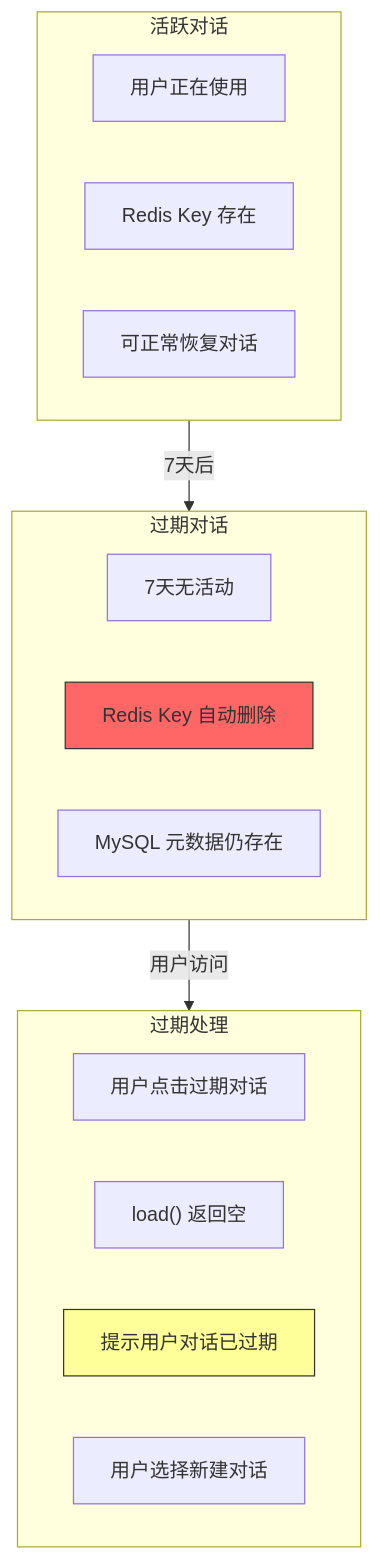
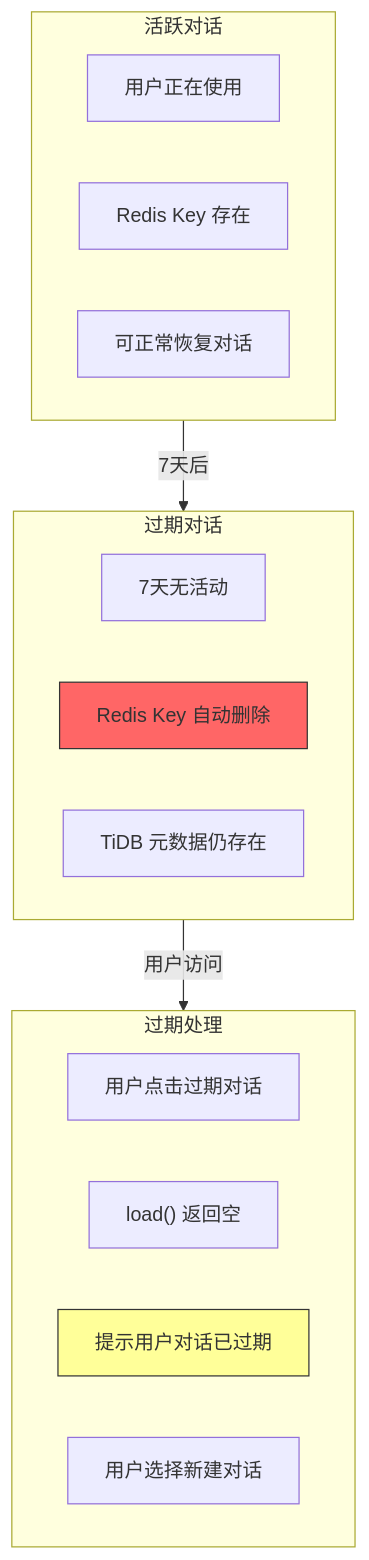
Before and after one commit to xiaocaipi/mm-doc: diagram 15 of 27 in agent/agent_project_design_1.md, drawn with Mermaid. The commit also changed other lines of this file, not shown here.

````diff
--- a/agent/agent_project_design_1.md
+++ b/agent/agent_project_design_1.md
@@ -767,27 +767,27 @@
 ```mermaid
 flowchart TD
     subgraph ACTIVE["活跃对话"]
         A1["用户正在使用"]
         A2["Redis Key 存在"]
         A3["可正常恢复对话"]
     end
     
     subgraph EXPIRED["过期对话"]
         E1["7天无活动"]
         E2["Redis Key 自动删除"]
-        E3["MySQL 元数据仍存在"]
+        E3["TiDB 元数据仍存在"]
     end
     
     subgraph HANDLE["过期处理"]
         H1["用户点击过期对话"]
         H2["load() 返回空"]
         H3["提示用户对话已过期"]
         H4["用户选择新建对话"]
     end
     
     ACTIVE -->|"7天后"| EXPIRED
     EXPIRED -->|"用户访问"| HANDLE
     
     style E2 fill:#f66,stroke:#333
     style H3 fill:#ff9,stroke:#333
 ```
````
